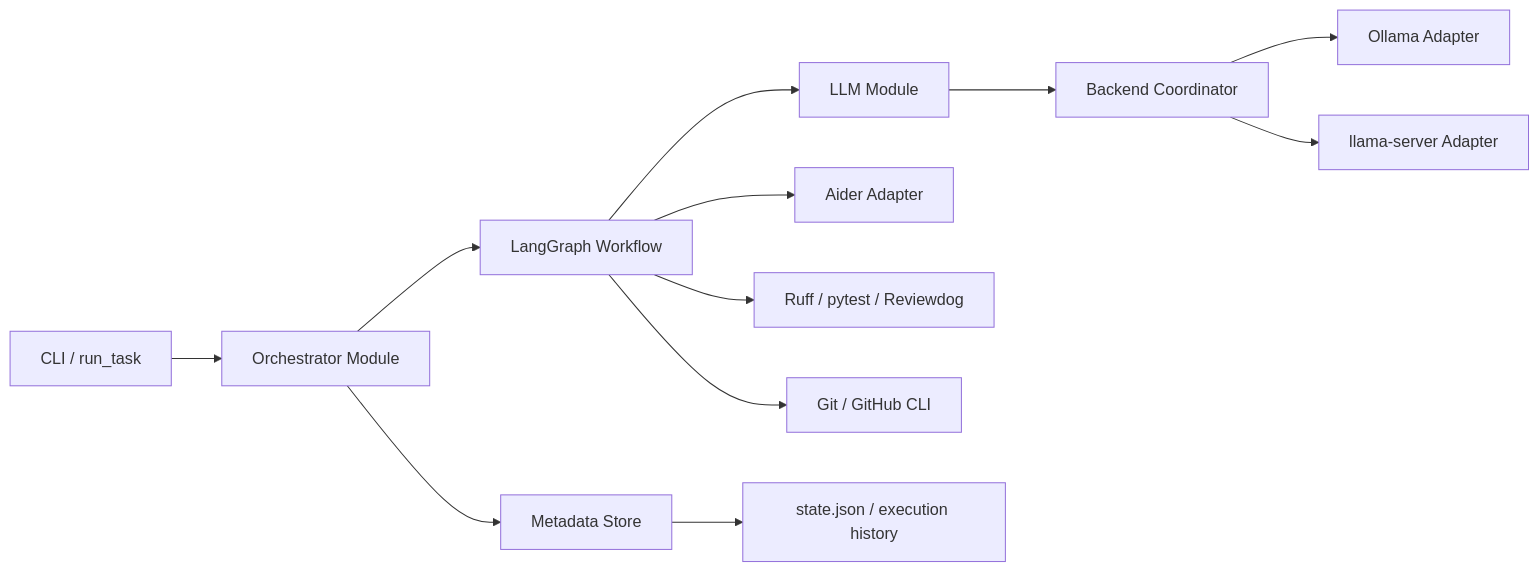
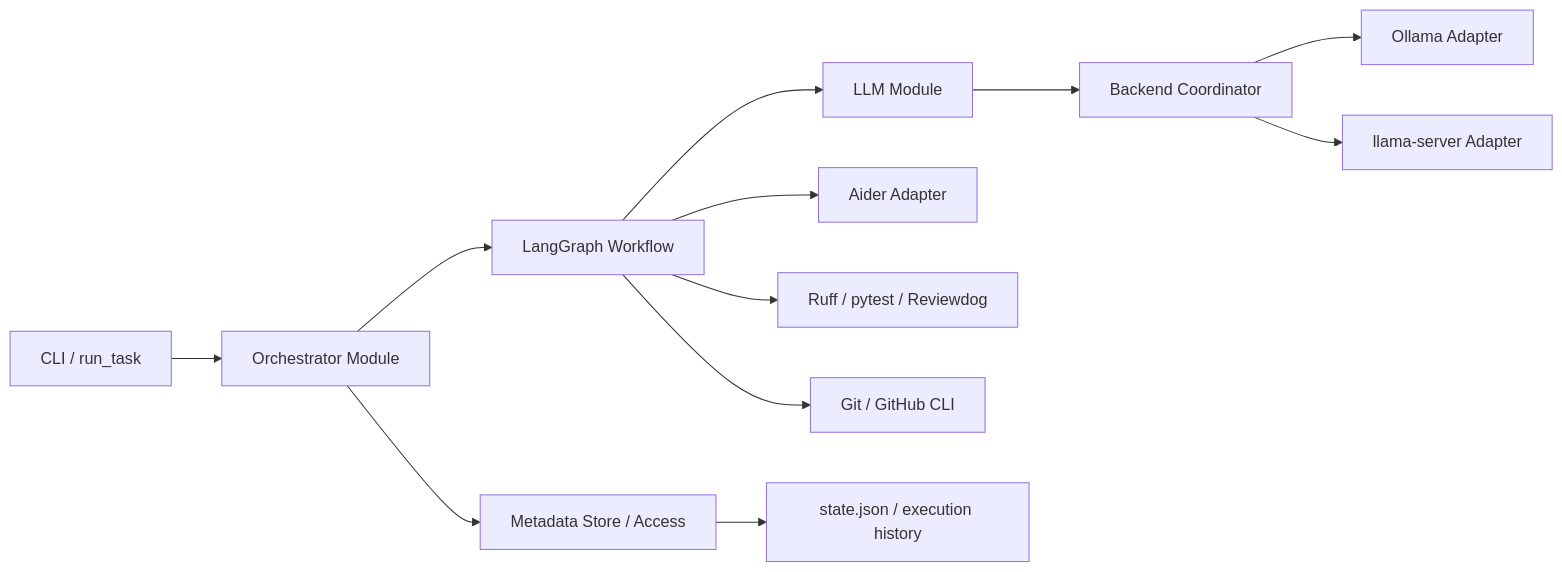
One commit to xzyozi/second-brain-graph changed the first of 3 diagrams in docs/design/SBOS-DD-003_詳細設計書.md. Above: the diagram before and after it, drawn with Mermaid. The commit also changed other lines of this file, not shown here.

````diff
--- a/docs/design/SBOS-DD-003_詳細設計書.md
+++ b/docs/design/SBOS-DD-003_詳細設計書.md
@@ -31,14 +31,14 @@
 ```mermaid
 flowchart LR
     CLI[CLI / run_task] --> ORCH[Orchestrator Module]
-    ORCH --> META[Metadata Store]
+    ORCH --> META[Metadata Store / Access]
     ORCH --> GRAPH[LangGraph Workflow]
     GRAPH --> LLM[LLM Module]
     LLM --> COORD[Backend Coordinator]
     COORD --> OLLAMA[Ollama Adapter]
     COORD --> LLAMA[llama-server Adapter]
     GRAPH --> AIDER[Aider Adapter]
     GRAPH --> QUALITY[Ruff / pytest / Reviewdog]
     GRAPH --> GIT[Git / GitHub CLI]
     META --> STATE[state.json / execution history]
 ```
````
